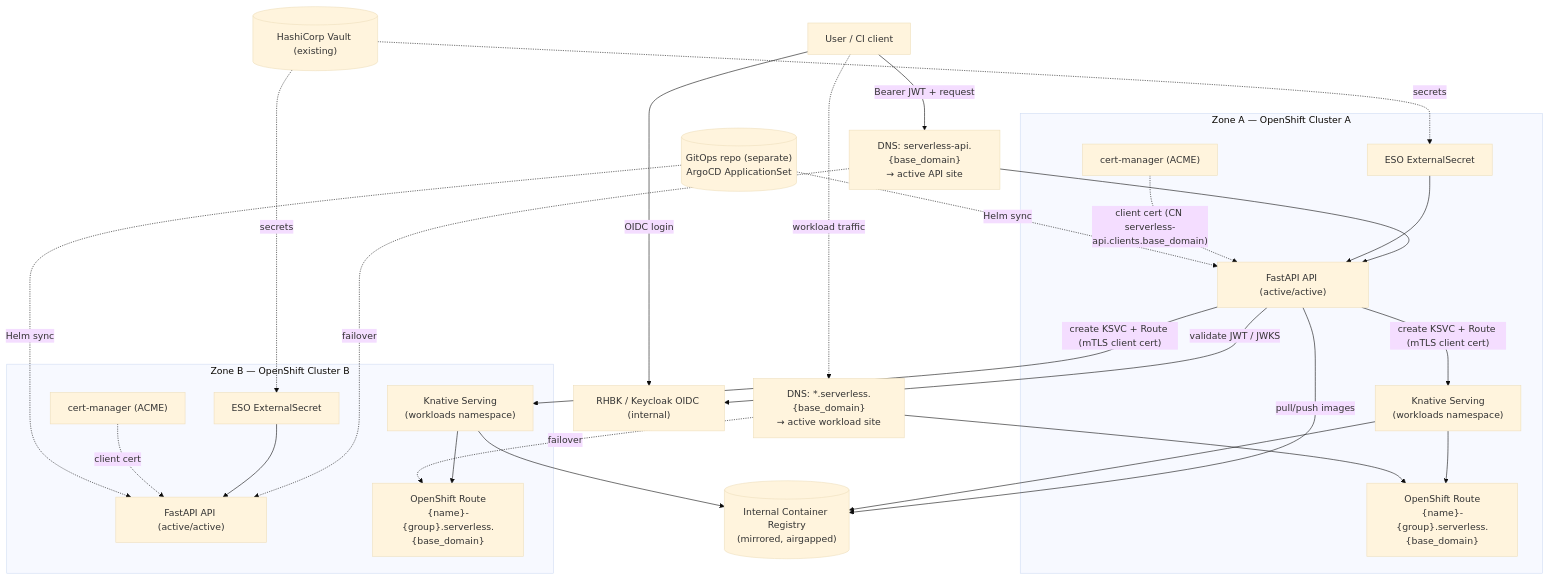
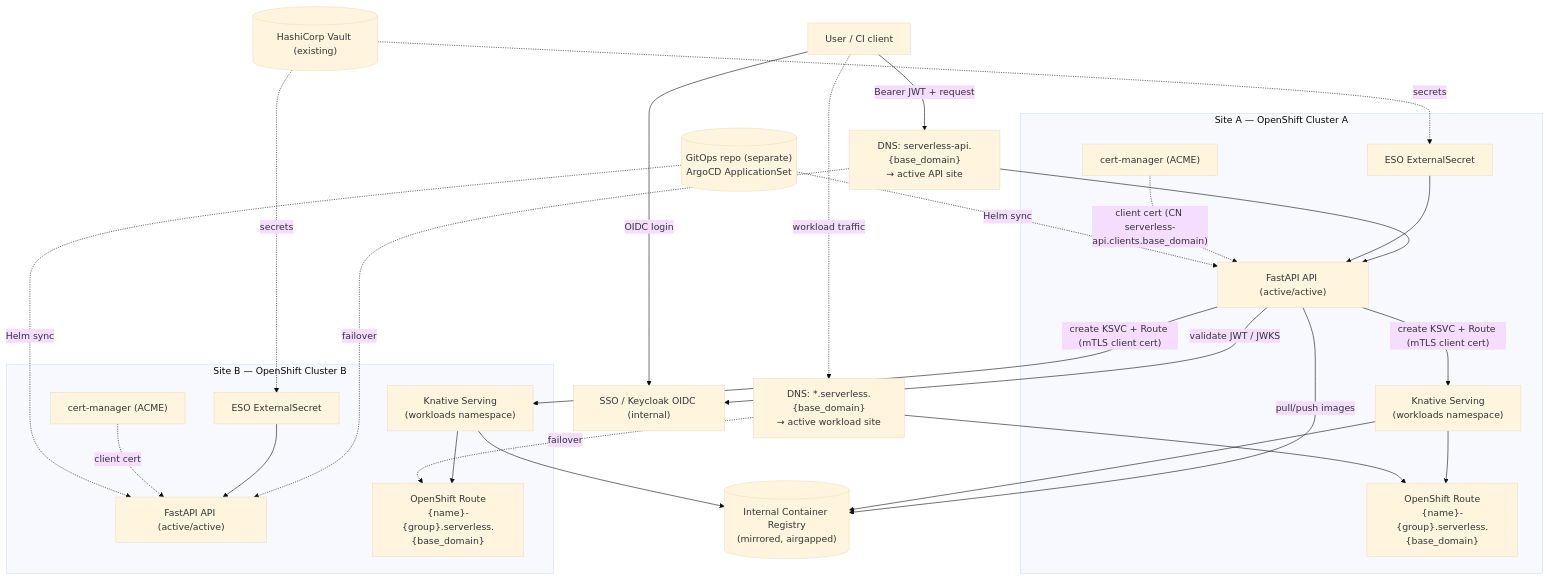
The first of 8 diagrams in docs/ARCHITECTURE.md (black-cloudlet/serverless), drawn with Mermaid (base theme) before and after one commit. The commit also changed other lines of this file and 23 other files, not shown here.

First line of the commit message:
refactor: rename rhbk->sso and zone->site

````diff
--- a/docs/ARCHITECTURE.md
+++ b/docs/ARCHITECTURE.md
@@ -107,53 +107,53 @@
 ```mermaid
 flowchart TB
     U["User / CI client"]
     DNSAPI["DNS: serverless-api.{base_domain}<br/>→ active API site"]
     DNSAPP["DNS: *.serverless.{base_domain}<br/>→ active workload site"]
-    KC["RHBK / Keycloak OIDC (internal)"]
+    KC["SSO / Keycloak OIDC (internal)"]
     REG[("Internal Container Registry<br/>(mirrored, airgapped)")]
     V[("HashiCorp Vault (existing)")]
     GIT[("GitOps repo (separate)<br/>ArgoCD ApplicationSet")]
 
-    subgraph ZA["Zone A — OpenShift Cluster A"]
+    subgraph ZA["Site A — OpenShift Cluster A"]
         APIA["FastAPI API (active/active)"]
         KNA["Knative Serving<br/>(workloads namespace)"]
         RTA["OpenShift Route<br/>{name}-{group}.serverless.{base_domain}"]
         ESOA["ESO ExternalSecret"]
         CMA["cert-manager (ACME)"]
         KNA --> RTA
     end
 
-    subgraph ZB["Zone B — OpenShift Cluster B"]
+    subgraph ZB["Site B — OpenShift Cluster B"]
         APIB["FastAPI API (active/active)"]
         KNB["Knative Serving<br/>(workloads namespace)"]
         RTB["OpenShift Route<br/>{name}-{group}.serverless.{base_domain}"]
         ESOB["ESO ExternalSecret"]
         CMB["cert-manager (ACME)"]
         KNB --> RTB
     end
 
     U -->|OIDC login| KC
     U -->|Bearer JWT + request| DNSAPI
     DNSAPI --> APIA
     DNSAPI -. failover .-> APIB
 
     APIA -->|"validate JWT / JWKS"| KC
     APIA -->|"create KSVC + Route (mTLS client cert)"| KNA
     APIA -->|"create KSVC + Route (mTLS client cert)"| KNB
     APIA -->|"pull/push images"| REG
     KNA --> REG
     KNB --> REG
 
     V -. secrets .-> ESOA
     ESOA --> APIA
     V -. secrets .-> ESOB
     ESOB --> APIB
     CMA -. "client cert (CN serverless-api.clients.base_domain)" .-> APIA
     CMB -. "client cert" .-> APIB
     GIT -. "Helm sync" .-> APIA
     GIT -. "Helm sync" .-> APIB
 
     U -.->|"workload traffic"| DNSAPP
     DNSAPP --> RTA
     DNSAPP -. failover .-> RTB
 ```
````
